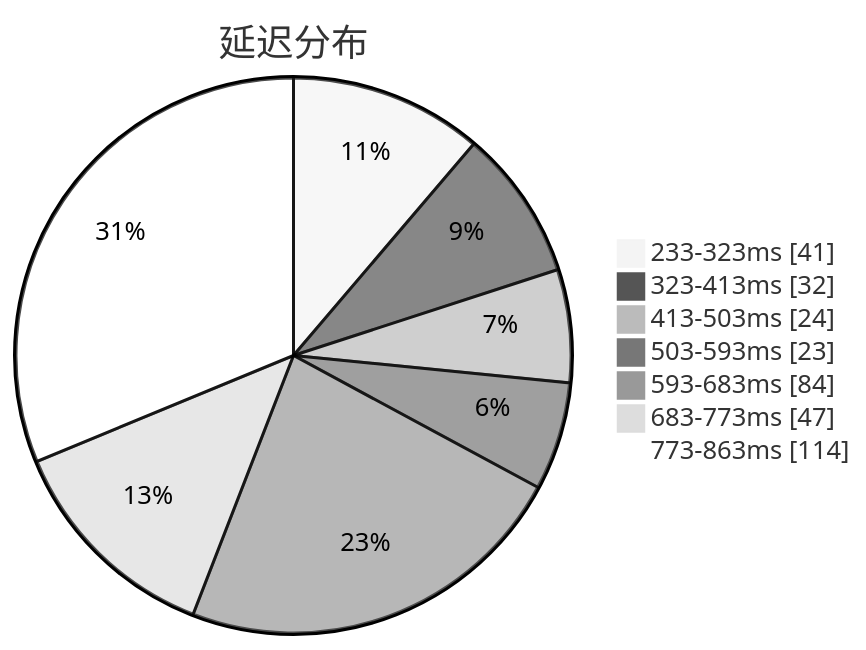
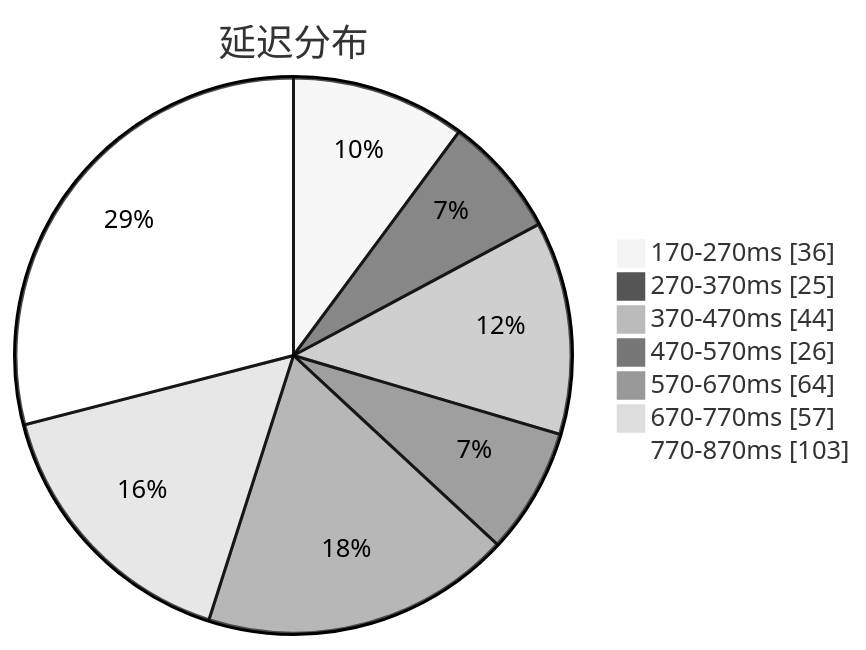
The first of 3 diagrams in subs/statistics/tested_within.md (qjlxg/airport), drawn with Mermaid (neutral theme) before and after one commit. The commit also changed other lines of this file and 2 other files, not shown here.

````diff
--- a/subs/statistics/tested_within.md
+++ b/subs/statistics/tested_within.md
@@ -2,11 +2,11 @@
 ```mermaid
 pie showData
 title 延迟分布
-"233-323ms" : 41
-"323-413ms" : 32
-"413-503ms" : 24
-"503-593ms" : 23
-"593-683ms" : 84
-"683-773ms" : 47
-"773-863ms" : 114
+"170-270ms" : 36
+"270-370ms" : 25
+"370-470ms" : 44
+"470-570ms" : 26
+"570-670ms" : 64
+"670-770ms" : 57
+"770-870ms" : 103
 ```
````
